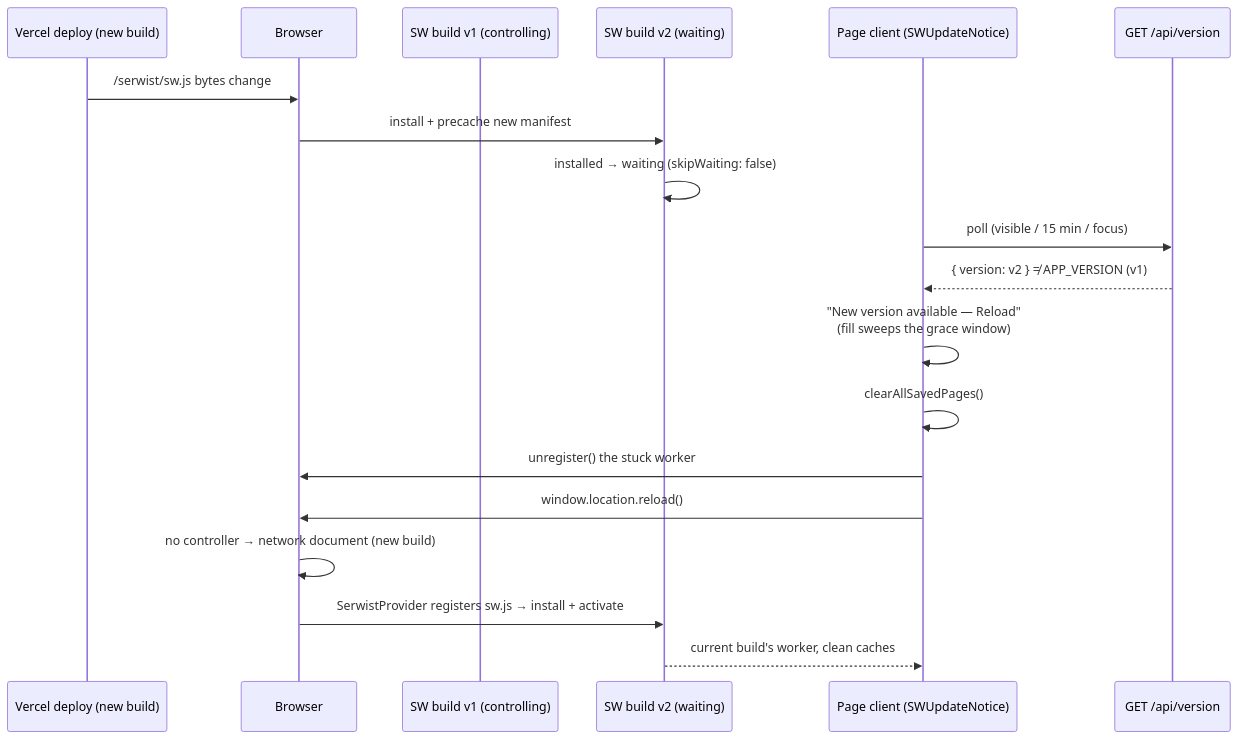
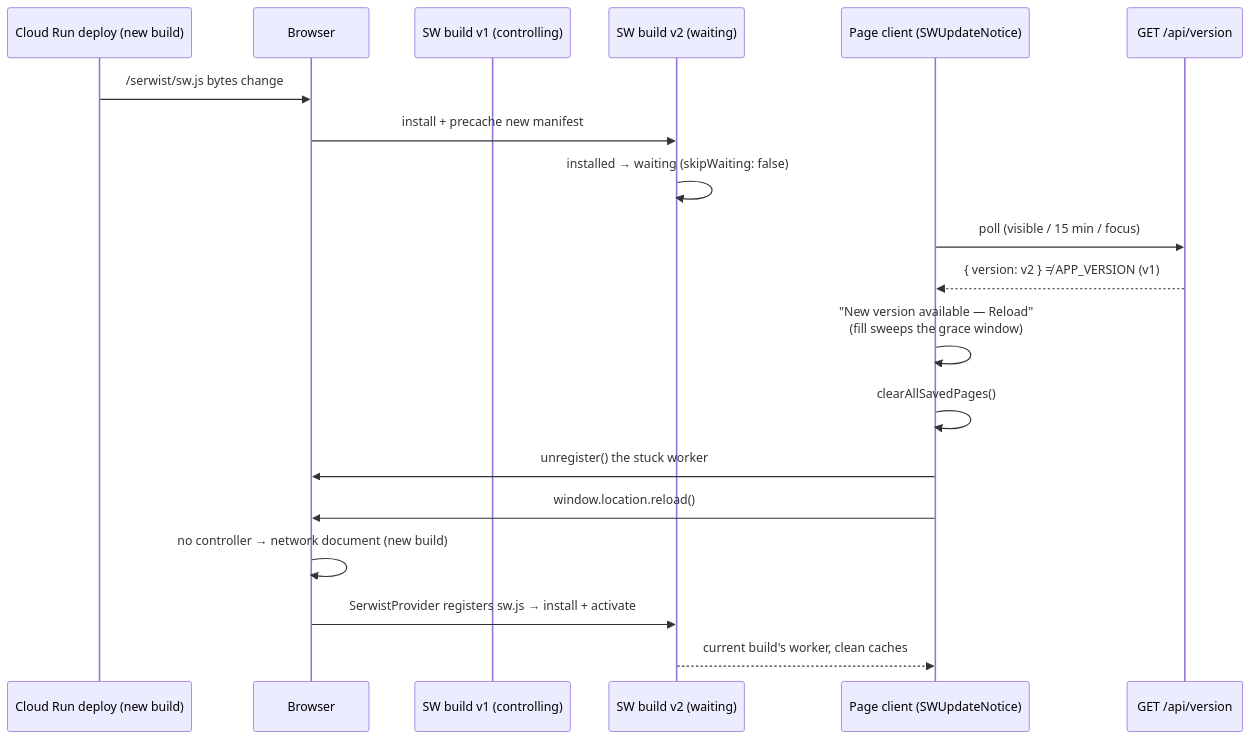
The fourth of 6 diagrams in docs/pwa-offline.md (oncloudnintynineone-source/cloudy2), drawn with Mermaid before and after one commit. The commit also changed 12 other files, not shown here.

````diff
--- a/docs/pwa-offline.md
+++ b/docs/pwa-offline.md
@@ -270,22 +270,22 @@
 ```mermaid
 sequenceDiagram
- participant D as Vercel deploy (new build)
+ participant D as Cloud Run deploy (new build)
  participant B as Browser
  participant V1 as SW build v1 (controlling)
  participant V2 as SW build v2 (waiting)
  participant C as Page client (SWUpdateNotice)
  participant A as GET /api/version
 
  D->>B: /serwist/sw.js bytes change
  B->>V2: install + precache new manifest
  V2->>V2: installed → waiting (skipWaiting: false)
  C->>A: poll (visible / 15 min / focus)
  A-->>C: { version: v2 } ≠ APP_VERSION (v1)
  C->>C: "New version available — Reload"<br/>(fill sweeps the grace window)
  C->>C: clearAllSavedPages()
  C->>B: unregister() the stuck worker
  C->>B: window.location.reload()
  B->>B: no controller → network document (new build)
  B->>V2: SerwistProvider registers sw.js → install + activate
  V2-->>C: current build's worker, clean caches
 ```
````
